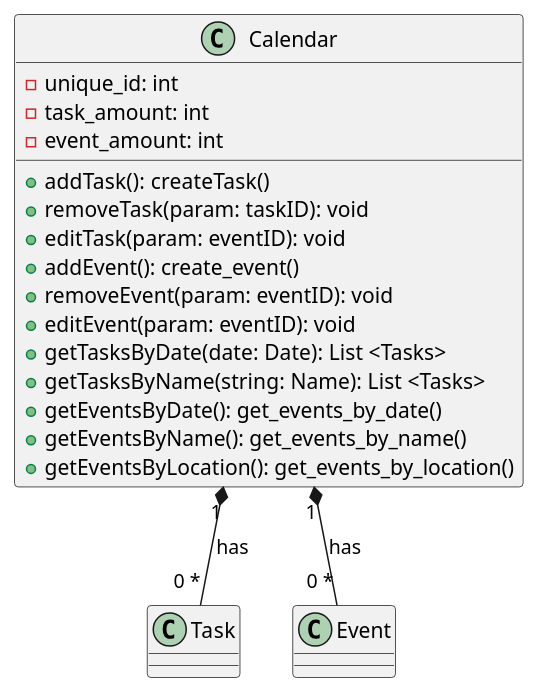
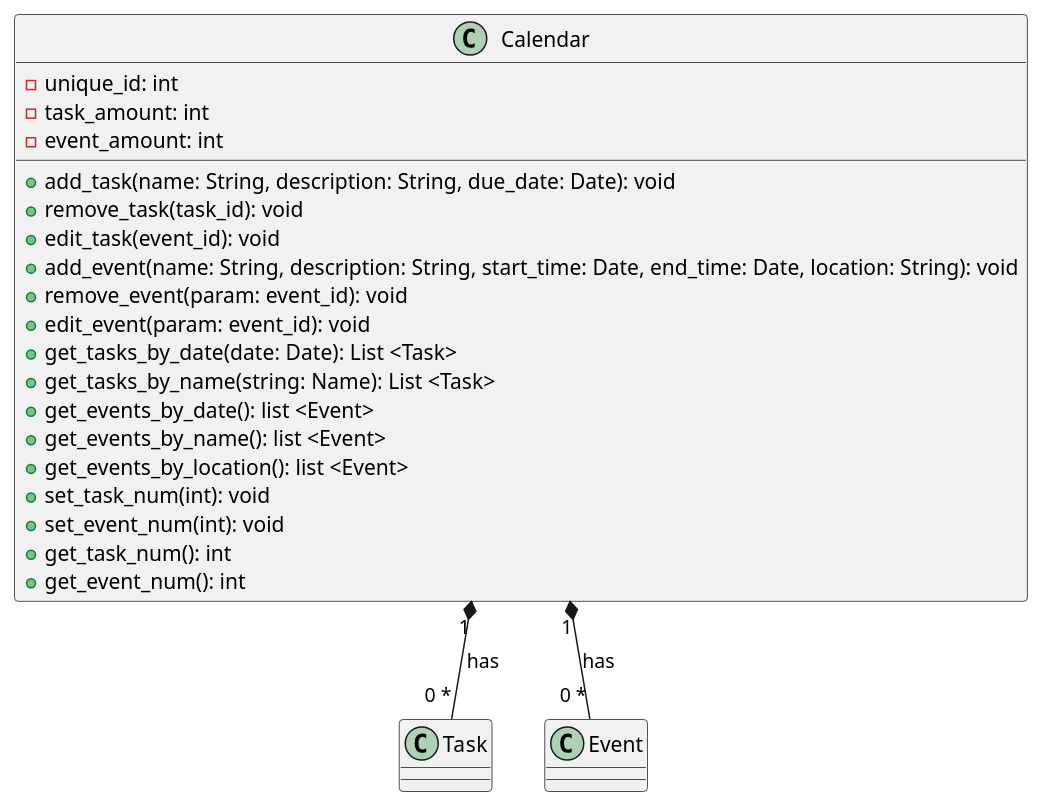
The diagram in assignment6/calendar.puml (CS361-2024Fall-Term/Innovators), drawn with PlantUML before and after one commit. The commit also changed 2 other files, not shown here.

```diff
--- a/assignment6/calendar.puml
+++ b/assignment6/calendar.puml
@@ -1,29 +1,33 @@
 @startuml
 
 class Calendar {
   -unique_id: int  
   -task_amount: int
   -event_amount: int
-  +addTask(): createTask()
-  +removeTask(param: taskID): void
-  +editTask(param: eventID): void
-  +addEvent(): create_event()
-  +removeEvent(param: eventID): void
-  +editEvent(param: eventID): void
-  +getTasksByDate(date: Date): List <Tasks>
-  +getTasksByName(string: Name): List <Tasks>
-  +getEventsByDate(): get_events_by_date()
-  +getEventsByName(): get_events_by_name()
-  +getEventsByLocation(): get_events_by_location()
+  +add_task(name: String, description: String, due_date: Date): void
+  +remove_task(task_id): void
+  +edit_task(event_id): void
+  +add_event(name: String, description: String, start_time: Date, end_time: Date, location: String): void
+  +remove_event(param: event_id): void
+  +edit_event(param: event_id): void
+  +get_tasks_by_date(date: Date): List <Task>
+  +get_tasks_by_name(string: Name): List <Task>
+  +get_events_by_date(): list <Event>
+  +get_events_by_name(): list <Event>
+  +get_events_by_location(): list <Event>
+  +set_task_num(int): void
+  +set_event_num(int): void
+  +get_task_num(): int
+  +get_event_num(): int
 }
 
 class Task {
 }
 
 class Event {
 }
 
 Calendar "1" *-- "0 *" Task : "has"
 Calendar "1" *-- "0 *" Event : "has"
 
 @enduml
```
